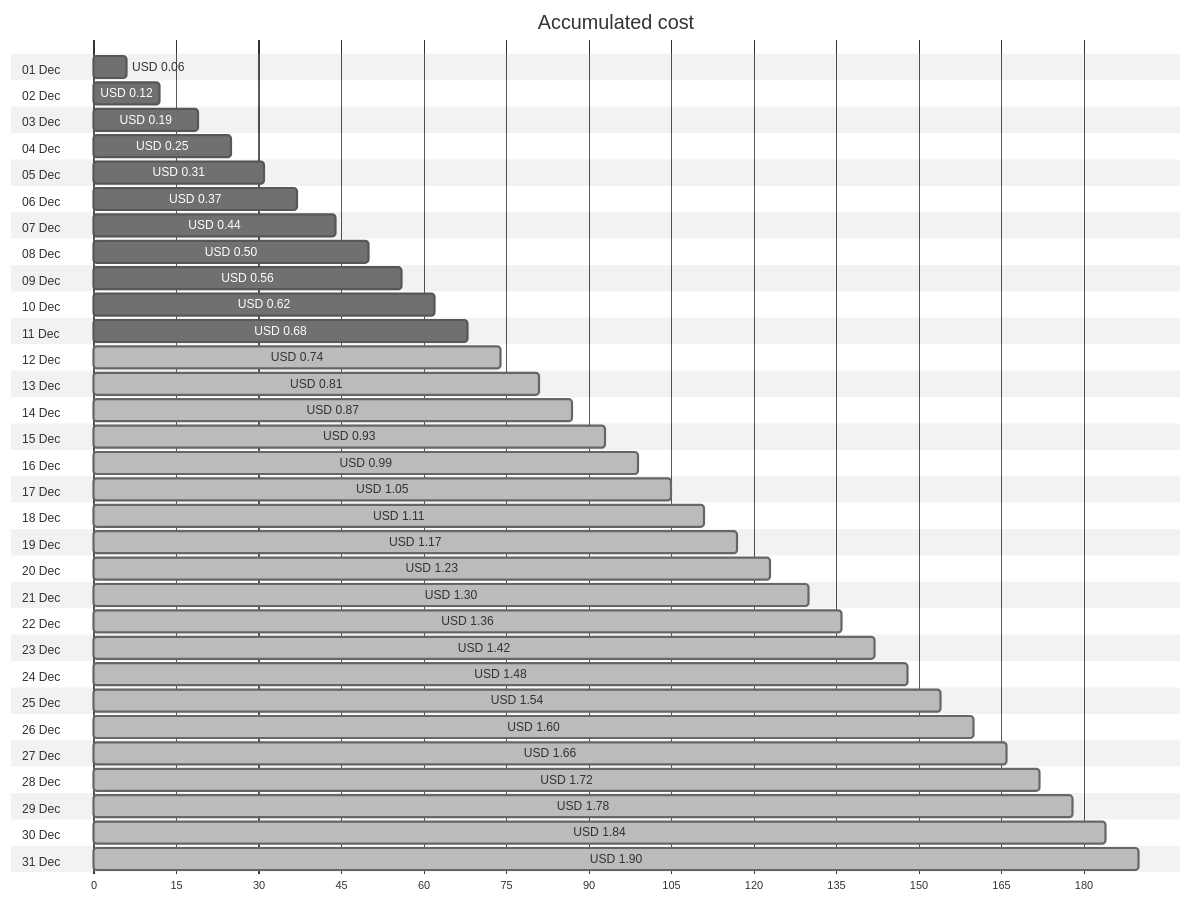
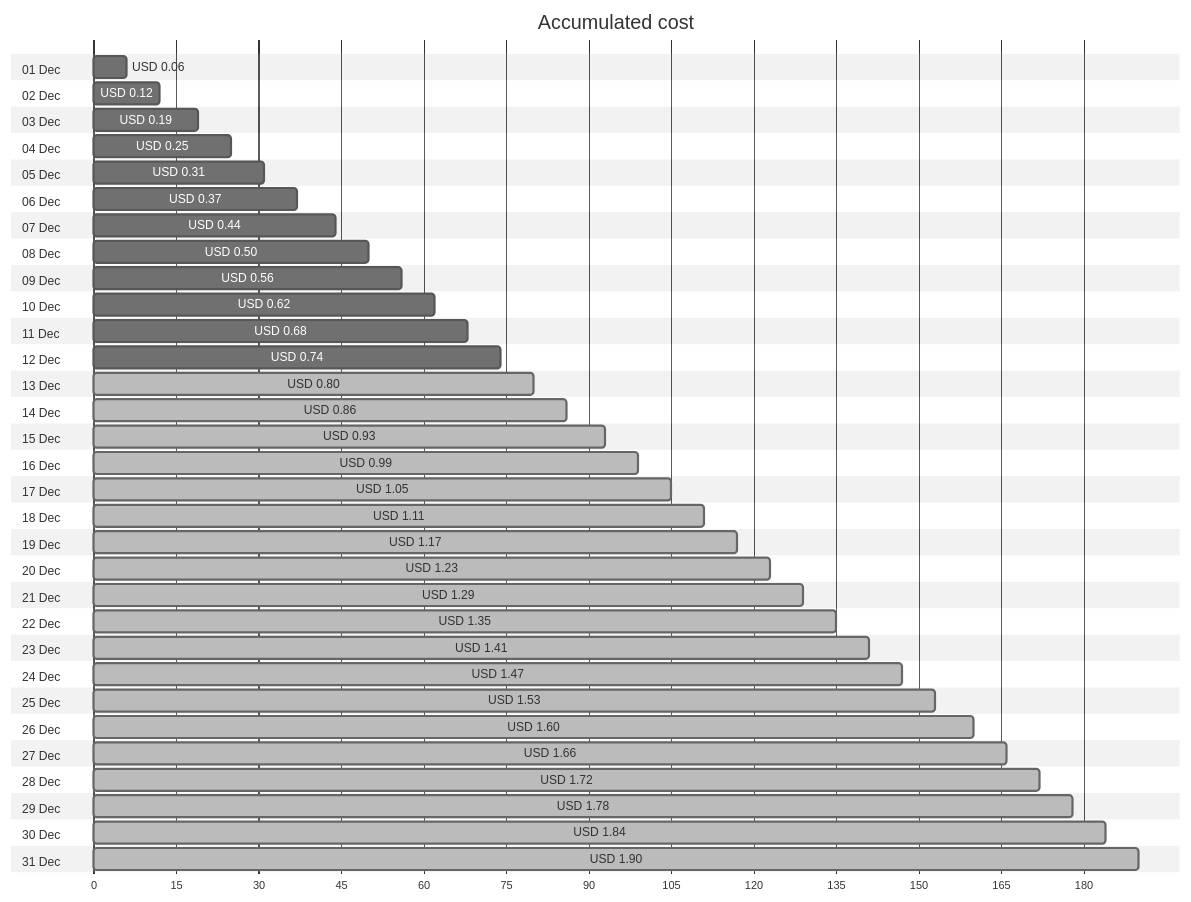
One commit to jpfulton/azure-personal-reports changed the first of 4 diagrams in cost-reports/personal-network/backup-server_OsDisk.md. Above: the diagram before and after it, drawn with Mermaid (neutral theme). The commit also changed other lines of this file and 8 other files, not shown here.

````diff
--- a/cost-reports/personal-network/backup-server_OsDisk.md
+++ b/cost-reports/personal-network/backup-server_OsDisk.md
@@ -20,68 +20,68 @@
 ```mermaid
 gantt
    title Accumulated cost
    dateFormat  X
    axisFormat %s
    section 01 Dec
    USD 0.06 :0, 6
    section 02 Dec
    USD 0.12 :0, 12
    section 03 Dec
    USD 0.19 :0, 19
    section 04 Dec
    USD 0.25 :0, 25
    section 05 Dec
    USD 0.31 :0, 31
    section 06 Dec
    USD 0.37 :0, 37
    section 07 Dec
    USD 0.44 :0, 44
    section 08 Dec
    USD 0.50 :0, 50
    section 09 Dec
    USD 0.56 :0, 56
    section 10 Dec
    USD 0.62 :0, 62
    section 11 Dec
    USD 0.68 :0, 68
    section 12 Dec
-   USD 0.74 : done, 0, 74
+   USD 0.74 :0, 74
    section 13 Dec
-   USD 0.81 : done, 0, 81
+   USD 0.80 : done, 0, 80
    section 14 Dec
-   USD 0.87 : done, 0, 87
+   USD 0.86 : done, 0, 86
    section 15 Dec
    USD 0.93 : done, 0, 93
    section 16 Dec
    USD 0.99 : done, 0, 99
    section 17 Dec
    USD 1.05 : done, 0, 105
    section 18 Dec
    USD 1.11 : done, 0, 111
    section 19 Dec
    USD 1.17 : done, 0, 117
    section 20 Dec
    USD 1.23 : done, 0, 123
    section 21 Dec
-   USD 1.30 : done, 0, 130
+   USD 1.29 : done, 0, 129
    section 22 Dec
-   USD 1.36 : done, 0, 136
+   USD 1.35 : done, 0, 135
    section 23 Dec
-   USD 1.42 : done, 0, 142
+   USD 1.41 : done, 0, 141
    section 24 Dec
-   USD 1.48 : done, 0, 148
+   USD 1.47 : done, 0, 147
    section 25 Dec
-   USD 1.54 : done, 0, 154
+   USD 1.53 : done, 0, 153
    section 26 Dec
    USD 1.60 : done, 0, 160
    section 27 Dec
    USD 1.66 : done, 0, 166
    section 28 Dec
    USD 1.72 : done, 0, 172
    section 29 Dec
    USD 1.78 : done, 0, 178
    section 30 Dec
    USD 1.84 : done, 0, 184
    section 31 Dec
    USD 1.90 : done, 0, 190
 ```
````
